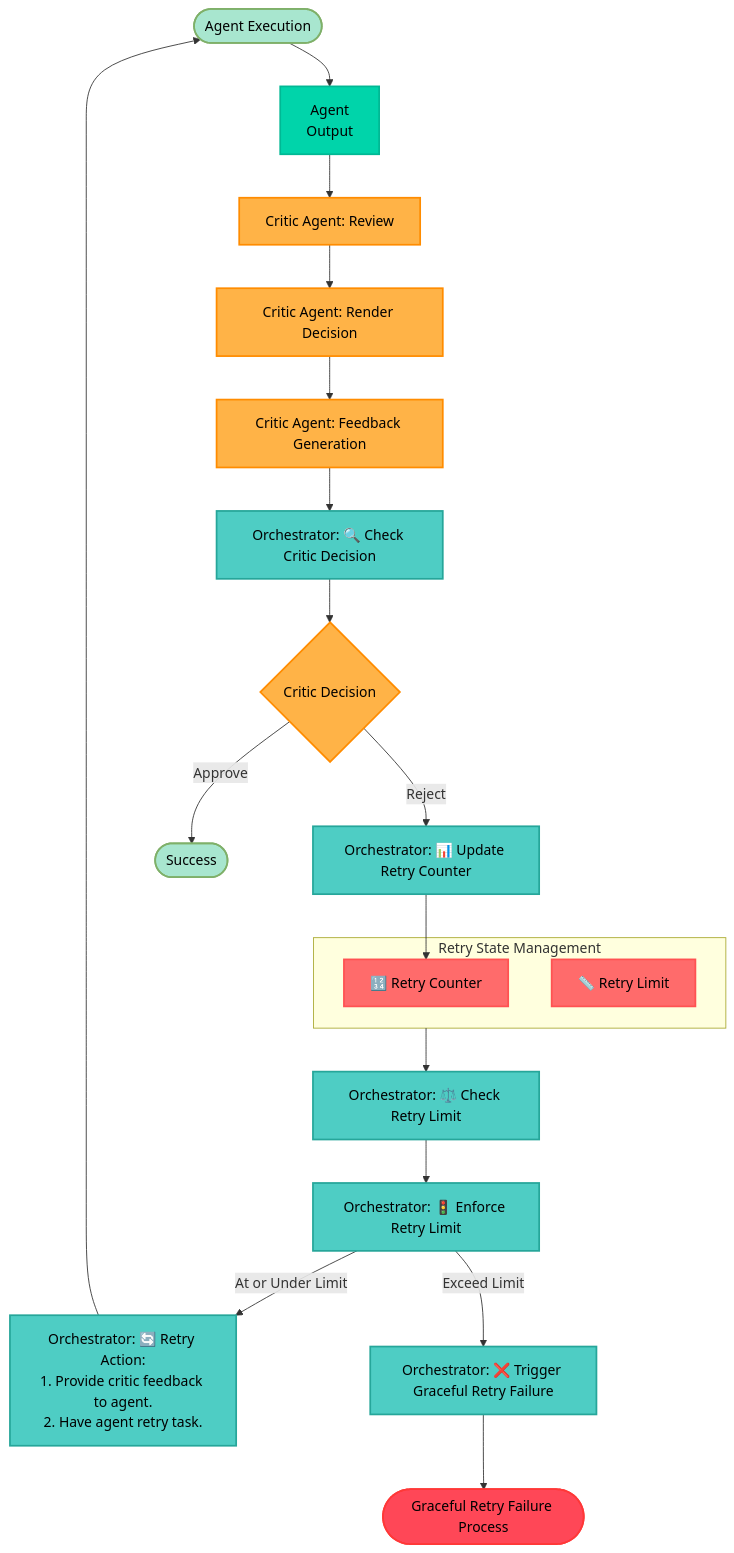
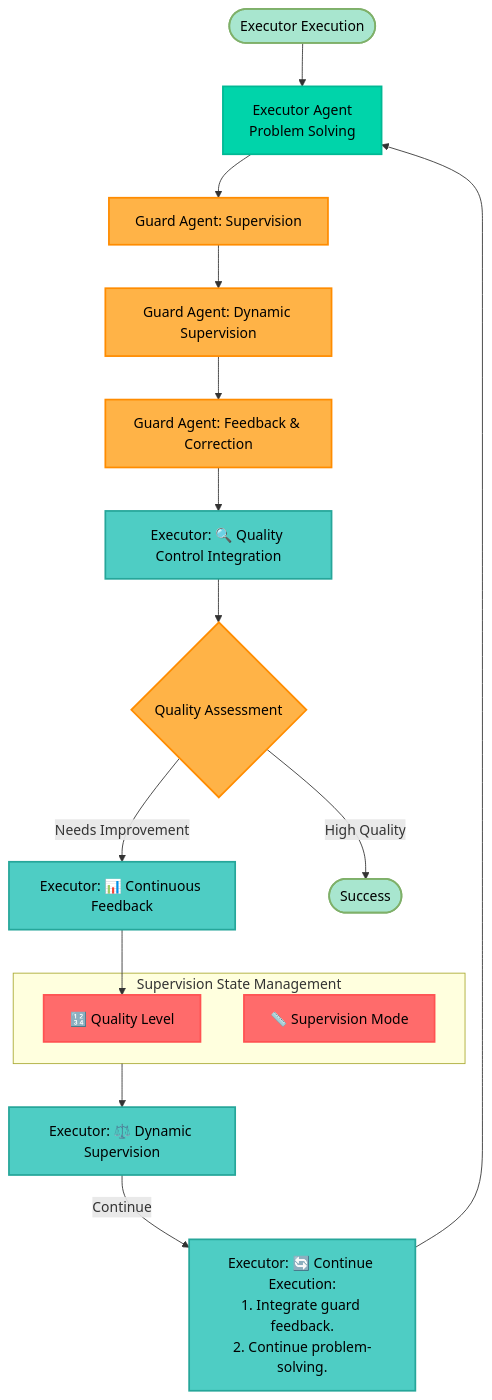
The seventh of 7 diagrams in docs/src/ARCHITECTURE.md (jdsham/hf-ai-agents-course), drawn with Mermaid before and after one commit. The commit also changed other lines of this file and 54 other files, not shown here.

Commit message:
Initial commit for executor + guard agent as a tool architecture.

````diff
--- a/docs/src/ARCHITECTURE.md
+++ b/docs/src/ARCHITECTURE.md
@@ -2157,59 +496,47 @@
 ```mermaid
 graph TD
-    Start([Agent Execution])
-    Agent["Agent<br/>Output"]
-    Critic["Critic Agent: Review"]
-    RenderDecision["Critic Agent: Render Decision"]
-    Feedback["Critic Agent: Feedback Generation"]
+    Start([Executor Execution])
+    Executor["Executor Agent<br/>Problem Solving"]
+    Guard["Guard Agent: Supervision"]
+    Supervision["Guard Agent: Dynamic Supervision"]
+    Feedback["Guard Agent: Feedback & Correction"]
     
-    CheckDecision["Orchestrator: 🔍 Check Critic Decision"]
-    Decision{Critic Decision}
-    UpdateCounter["Orchestrator: 📊 Update Retry Counter"]
-    CheckLimit["Orchestrator: ⚖️ Check Retry Limit"]
-    EnforceLimit["Orchestrator: 🚦 Enforce Retry Limit"]
+    QualityControl["Executor: 🔍 Quality Control Integration"]
+    Decision{Quality Assessment}
+    ContinuousFeedback["Executor: 📊 Continuous Feedback"]
+    DynamicSupervision["Executor: ⚖️ Dynamic Supervision"]
     
-    subgraph RetryState["Retry State Management"]
-        RetryCounter["🔢 Retry Counter"]
-        RetryLimit["📏 Retry Limit"]
+    subgraph SupervisionState["Supervision State Management"]
+        QualityLevel["🔢 Quality Level"]
+        SupervisionMode["📏 Supervision Mode"]
     end
     
-    Retry["Orchestrator: 🔄 Retry Action:<br>1. Provide critic feedback to agent.<br>2. Have agent retry task."]
-    GracefulFail["Orchestrator: ❌ Trigger Graceful Retry Failure"]
+    Continue["Executor: 🔄 Continue Execution:<br>1. Integrate guard feedback.<br>2. Continue problem-solving."]
     Success([Success])
-    GracefulFailure([Graceful Retry Failure Process])
     
-    Start --> Agent
-    Agent --> Critic
-    Critic --> RenderDecision
-    RenderDecision --> Feedback
+    Start --> Executor
+    Executor --> Guard
+    Guard --> Supervision
+    Supervision --> Feedback
+    Feedback --> QualityControl
+    QualityControl --> Decision
+    Decision -->|High Quality| Success
+    Decision -->|Needs Improvement| ContinuousFeedback
+    ContinuousFeedback --> QualityLevel
+    SupervisionState --> DynamicSupervision
+    DynamicSupervision -->|Continue| Continue
+    Continue --> Executor
     
-    Feedback --> CheckDecision
-    CheckDecision --> Decision
-    Decision -->|Approve| Success
-    Decision -->|Reject| UpdateCounter
-    UpdateCounter --> RetryCounter
-    RetryState --> CheckLimit
-    CheckLimit --> EnforceLimit
+    %% Styling
+    classDef executor fill:#00D4AA,stroke:#00B894,stroke-width:2px,color:#000000
+    classDef guard fill:#FFB347,stroke:#FF8C00,stroke-width:2px,color:#000000
+    classDef supervision fill:#4ECDC4,stroke:#26A69A,stroke-width:2px,color:#000000
+    classDef state fill:#FF6B6B,stroke:#FF5252,stroke-width:2px,color:#000000
+    classDef success fill:#A8E6CF,stroke:#7FB069,stroke-width:2px,color:#000000
     
-    EnforceLimit -->|At or Under Limit| Retry
-    EnforceLimit -->|Exceed Limit| GracefulFail
-    
-    Retry --> Start
-    GracefulFail --> GracefulFailure
-    
-    
-    %% Styling - Dark Theme Optimized with Better Contrast
-    classDef agent fill:#00D4AA,stroke:#00B894,stroke-width:2px,color:#000000
-    classDef critic fill:#FFB347,stroke:#FF8C00,stroke-width:2px,color:#000000
-    classDef orchestrator fill:#4ECDC4,stroke:#26A69A,stroke-width:2px,color:#000000
-    classDef retry fill:#FF6B6B,stroke:#FF5252,stroke-width:2px,color:#000000
-    classDef success fill:#A8E6CF,stroke:#7FB069,stroke-width:2px,color:#000000
-    classDef failure fill:#FF4757,stroke:#FF3838,stroke-width:2px,color:#000000
-    
-    class Agent agent
-    class Critic,RenderDecision,Feedback,Decision critic
-    class CheckDecision,UpdateCounter,CheckLimit,EnforceLimit,Retry,GracefulFail orchestrator
-    class RetryCounter,RetryLimit retry
+    class Executor executor
+    class Guard,Supervision,Feedback,Decision guard
+    class QualityControl,ContinuousFeedback,DynamicSupervision,Continue supervision
+    class QualityLevel,SupervisionMode state
     class Start,Success success
-    class GracefulFailure failure
 ```
````
